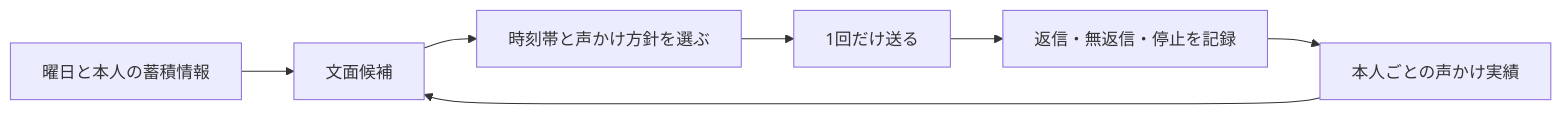
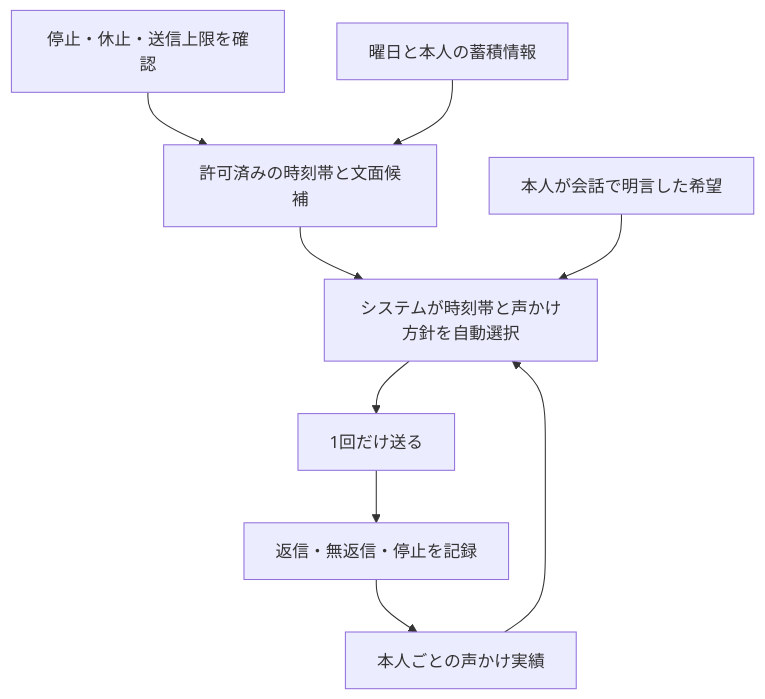
The third of 6 diagrams in docs/product/diary-chat-experience.md (kkyosuke/me-builder), drawn with Mermaid before and after one commit. The commit also changed other lines of this file and 1 other file, not shown here.

Commit message:
docs: 声かけ方針の自動選択を明確化

````diff
--- a/docs/product/diary-chat-experience.md
+++ b/docs/product/diary-chat-experience.md
@@ -275,9 +277,11 @@
 ```mermaid
-flowchart LR
-    I[曜日と本人の蓄積情報] --> C[文面候補]
-    R[本人ごとの声かけ実績] --> C
-    C --> P[時刻帯と声かけ方針を選ぶ]
+flowchart TD
+    G[停止・休止・送信上限を確認] --> C[許可済みの時刻帯と文面候補]
+    I[曜日と本人の蓄積情報] --> C
+    R[本人ごとの声かけ実績] --> P[システムが時刻帯と声かけ方針を自動選択]
+    C --> P
+    E[本人が会話で明言した希望] --> P
     P --> D[1回だけ送る]
     D --> O[返信・無返信・停止を記録]
     O --> R
 ```
````
